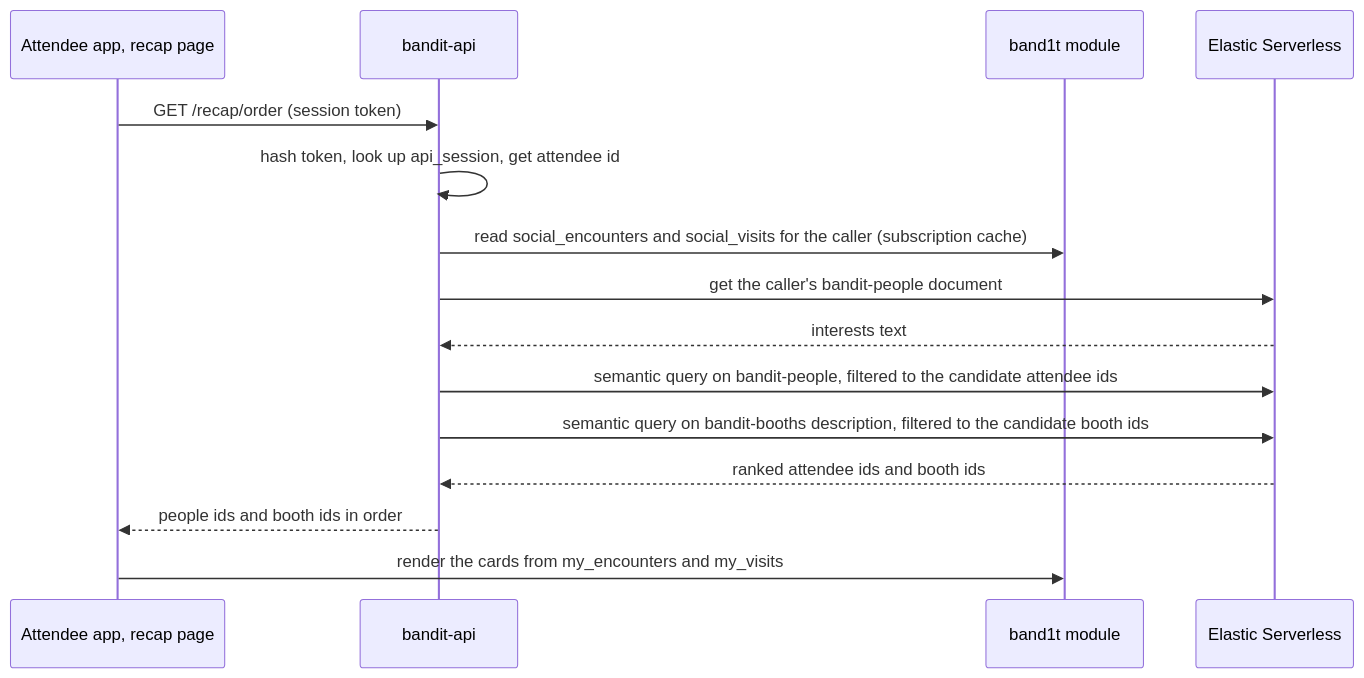
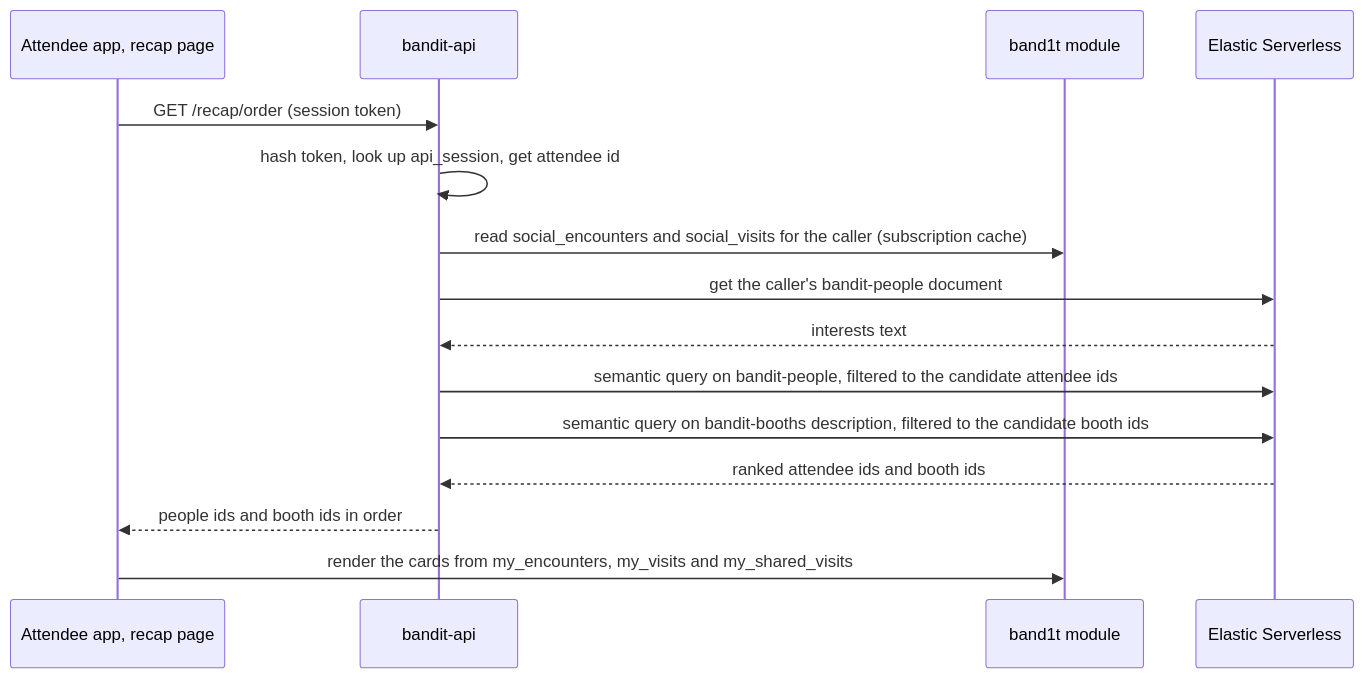
The fourth of 5 diagrams in System Design/7-integrations/Elastic.md (viktorinkov/cal-hacks-13), drawn with Mermaid before and after one commit. The commit also changed other lines of this file and 19 other files, not shown here.

````diff
--- a/System Design/7-integrations/Elastic.md
+++ b/System Design/7-integrations/Elastic.md
@@ -297,17 +298,17 @@
 ```mermaid
 sequenceDiagram
   participant APP as Attendee app, recap page
   participant API as bandit-api
   participant STDB as band1t module
   participant ES as Elastic Serverless
   APP->>API: GET /recap/order (session token)
   API->>API: hash token, look up api_session, get attendee id
   API->>STDB: read social_encounters and social_visits for the caller (subscription cache)
   API->>ES: get the caller's bandit-people document
   ES-->>API: interests text
   API->>ES: semantic query on bandit-people, filtered to the candidate attendee ids
   API->>ES: semantic query on bandit-booths description, filtered to the candidate booth ids
   ES-->>API: ranked attendee ids and booth ids
   API-->>APP: people ids and booth ids in order
-  APP->>STDB: render the cards from my_encounters and my_visits
+  APP->>STDB: render the cards from my_encounters, my_visits and my_shared_visits
 ```
````
